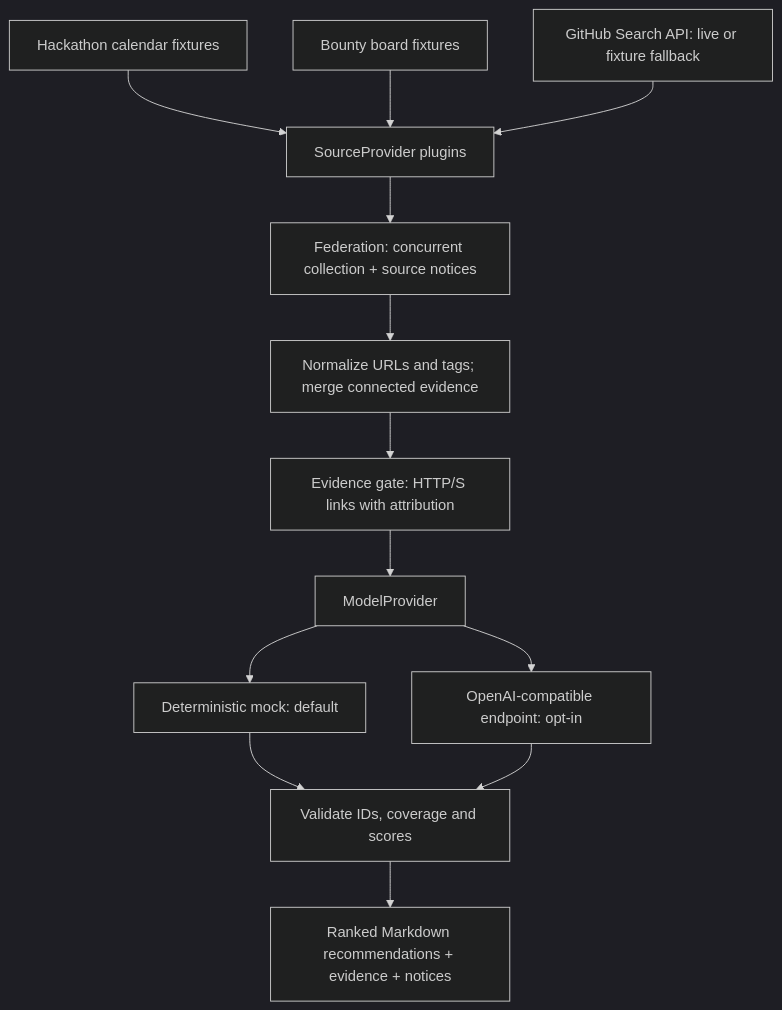
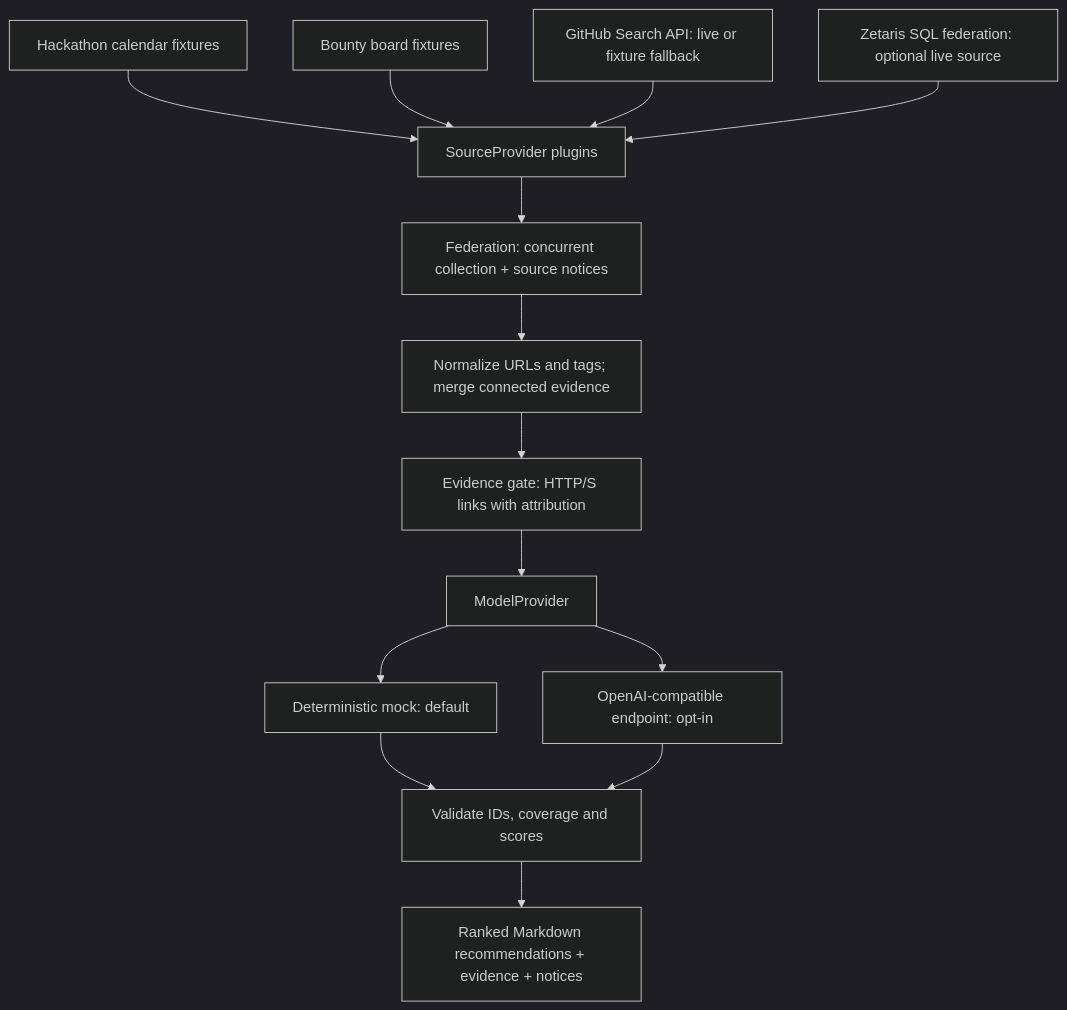
One commit to Schultzenator/HCTN changed the diagram in open-agent-hackathon-2026/README.md. Above: the diagram before and after it, drawn with Mermaid (dark theme). The commit also changed other lines of this file and 10 other files, not shown here.

Commit message:
feat: add Zetaris live demo integration pack

````diff
--- a/open-agent-hackathon-2026/README.md
+++ b/open-agent-hackathon-2026/README.md
@@ -30,15 +30,16 @@
 ```mermaid
 flowchart TD
     A[Hackathon calendar fixtures] --> S[SourceProvider plugins]
     B[Bounty board fixtures] --> S
     C[GitHub Search API: live or fixture fallback] --> S
+    D0[Zetaris SQL federation: optional live source] --> S
     S --> F[Federation: concurrent collection + source notices]
     F --> D[Normalize URLs and tags; merge connected evidence]
     D --> E[Evidence gate: HTTP/S links with attribution]
     E --> M[ModelProvider]
     M --> O[Deterministic mock: default]
     M --> L[OpenAI-compatible endpoint: opt-in]
     O --> V[Validate IDs, coverage and scores]
     L --> V
     V --> R[Ranked Markdown recommendations + evidence + notices]
 ```
````
